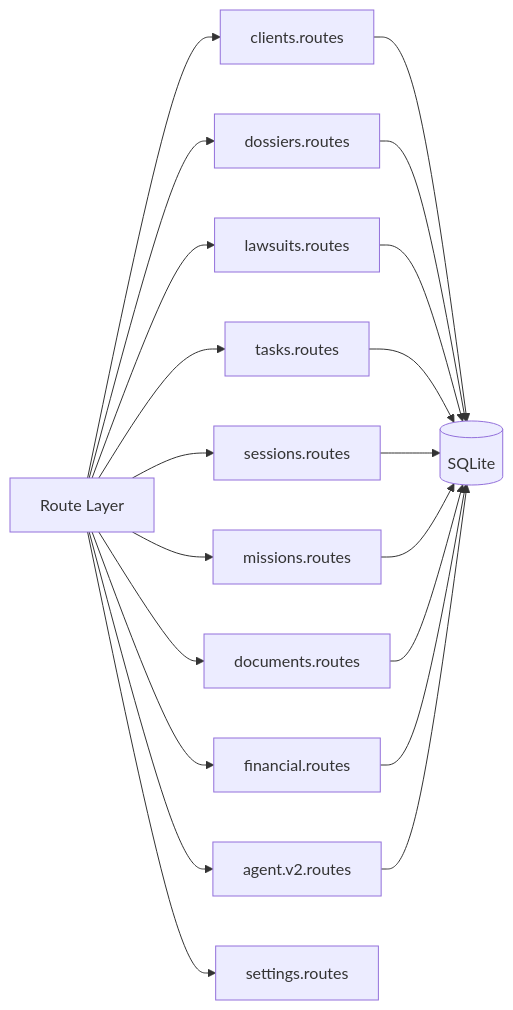
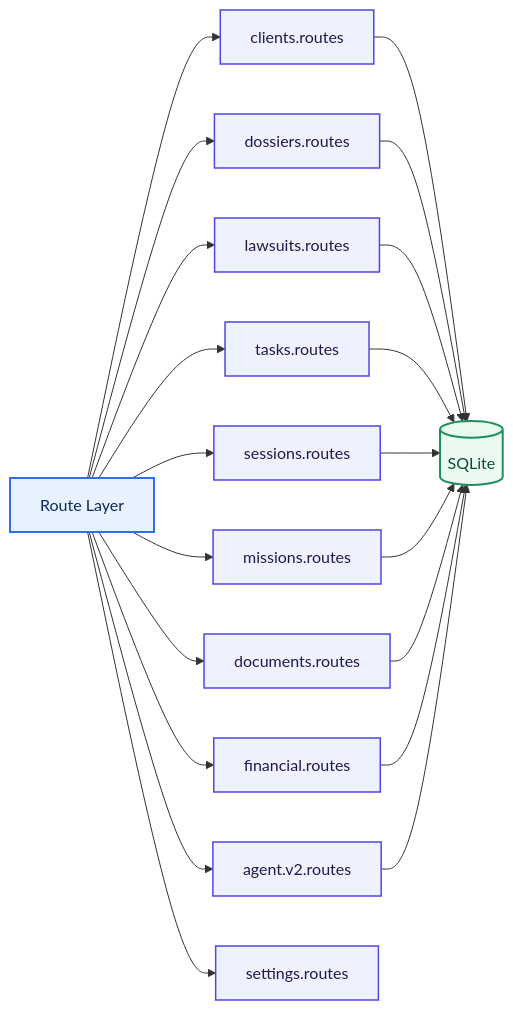
One commit to mootezaloui/ordinay-legacy changed the third of 5 diagrams in docs/ARCHITECTURE_DIAGRAMS.md. Above: the diagram before and after it, drawn with Mermaid. The commit also changed other lines of this file and 4 other files, not shown here.

First line of the commit message:
Update architecture docs wording and remove status

````diff
--- a/docs/ARCHITECTURE_DIAGRAMS.md
+++ b/docs/ARCHITECTURE_DIAGRAMS.md
@@ -46,24 +67,32 @@
 ```mermaid
 flowchart LR
     Router["Route Layer"]
     Router --> Clients["clients.routes"]
     Router --> Dossiers["dossiers.routes"]
     Router --> Lawsuits["lawsuits.routes"]
     Router --> Tasks["tasks.routes"]
     Router --> Sessions["sessions.routes"]
     Router --> Missions["missions.routes"]
     Router --> Documents["documents.routes"]
     Router --> Financial["financial.routes"]
     Router --> Agent["agent.v2.routes"]
     Router --> Settings["settings.routes"]
 
     Clients --> DB[("SQLite")]
     Dossiers --> DB
     Lawsuits --> DB
     Tasks --> DB
     Sessions --> DB
     Missions --> DB
     Documents --> DB
     Financial --> DB
     Agent --> DB
+
+    classDef core fill:#E8F1FF,stroke:#2F6FEB,color:#0A2A59,stroke-width:2px;
+    classDef module fill:#EEF2FF,stroke:#4F46E5,color:#1E1B4B,stroke-width:1.5px;
+    classDef store fill:#EAFAF1,stroke:#1F8F5F,color:#0A4C2A,stroke-width:2px;
+
+    class Router core;
+    class Clients,Dossiers,Lawsuits,Tasks,Sessions,Missions,Documents,Financial,Agent,Settings module;
+    class DB store;
 ```
````
